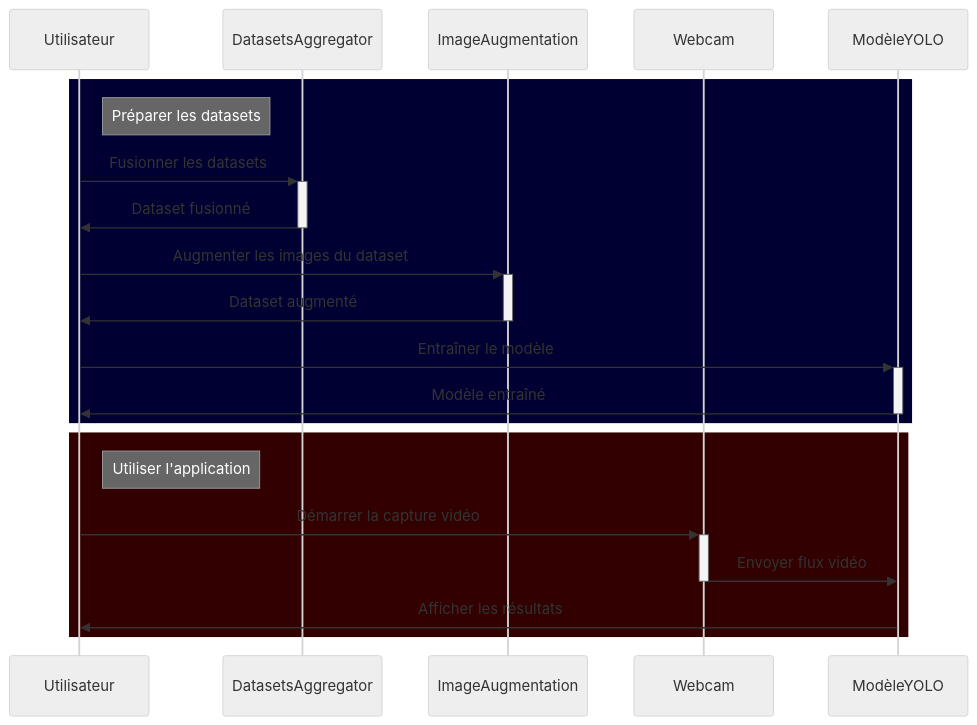
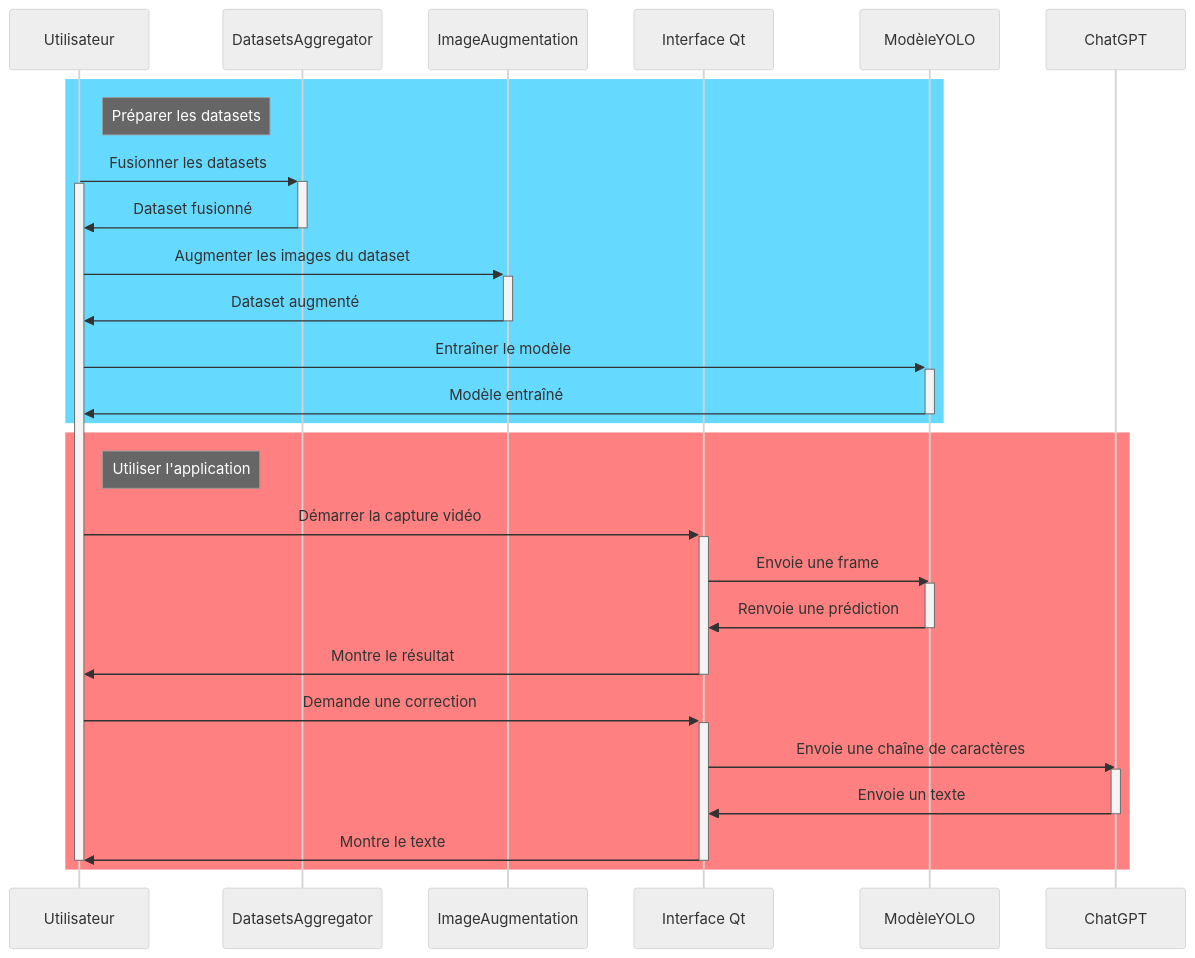
The diagram in rapport/rapport.md (eltar14/projet-VA), drawn with Mermaid (neutral theme) before and after one commit. The commit also changed other lines of this file and 1 other file, not shown here.

Commit message:
Add usage flow diagram and GitHub link to rapport.md

````diff
--- a/rapport/rapport.md
+++ b/rapport/rapport.md
@@ -204,25 +206,39 @@
 ```mermaid
 sequenceDiagram
+accDescr: Diagramme de flux d'utilisation de l'application
+
     participant U as Utilisateur
     participant DA as DatasetsAggregator
     participant IA as ImageAugmentation
-    participant W as Webcam
+    participant W as Interface Qt
     participant MY as ModèleYOLO
+    participant C as ChatGPT
 
-    rect rgb(0, 0, 50)
+    rect rgb(102, 217, 255)
     note right of U: Préparer les datasets
     U->>+DA: Fusionner les datasets
+    activate U
     DA->>-U: Dataset fusionné
     U->>+IA: Augmenter les images du dataset
     IA->>-U: Dataset augmenté
     U->>+MY: Entraîner le modèle
     MY->>-U: Modèle entraîné
     end
 
-    rect rgb(50, 0, 00)
+    rect rgb(255, 128, 128)
     note right of U: Utiliser l'application
     U->>+W: Démarrer la capture vidéo
-    W->>-MY: Envoyer flux vidéo
-    MY->>U: Afficher les résultats
+    W->>MY: Envoie une frame
+    activate MY
+    MY->>W: Renvoie une prédiction
+    deactivate MY
+    W->>-U: Montre le résultat
+    U->>+W: Demande une correction
+    W->>C: Envoie une chaîne de caractères
+    activate C
+    C->>W: Envoie un texte
+    deactivate C
+    W->>-U: Montre le texte
+    deactivate U
     end
 ```
````
